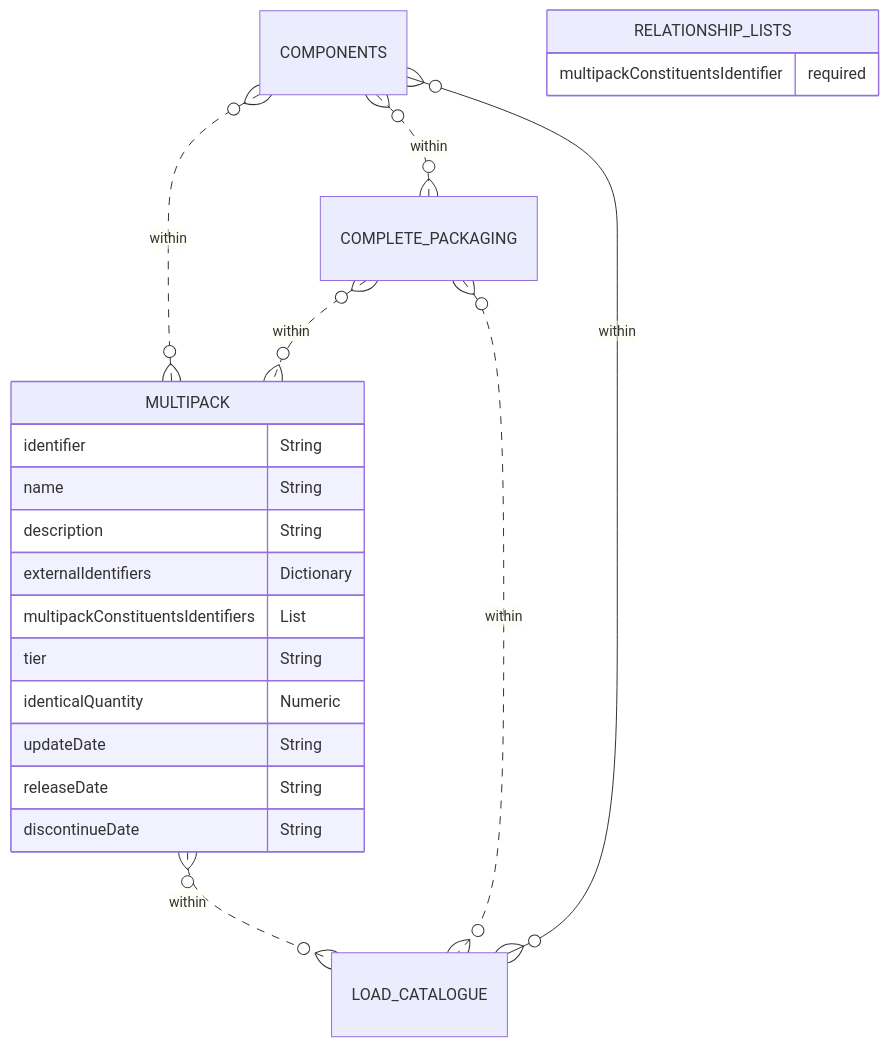
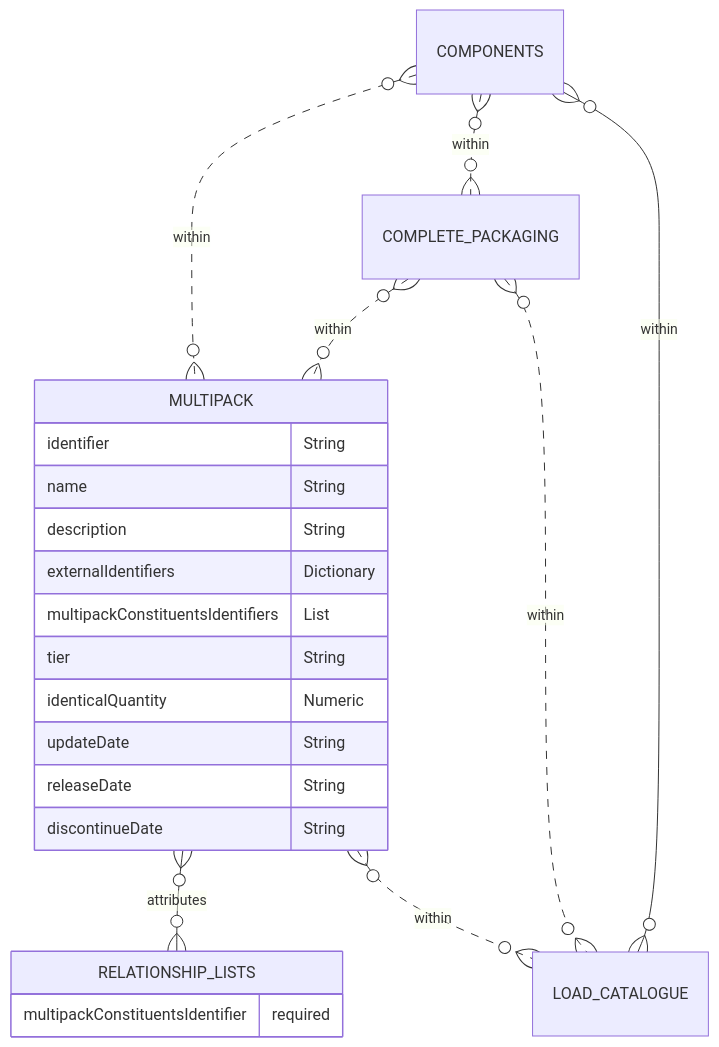
Before and after one commit to OpenDataManchester/Open3P: the diagram in docs/3_Data_Specification/3_5_Multipack.md, drawn with Mermaid.

Commit message:
Multipack Relationships

````diff
--- a/docs/3_Data_Specification/3_5_Multipack.md
+++ b/docs/3_Data_Specification/3_5_Multipack.md
@@ -28,24 +28,25 @@
 ``` mermaid
 erDiagram
 COMPONENTS }o..o{ MULTIPACK : within
 COMPONENTS }o..o{ COMPLETE_PACKAGING : within
 COMPLETE_PACKAGING }o..o{ MULTIPACK : within
   MULTIPACK {
     identifier String
     name String
     description String
     externalIdentifiers Dictionary
     multipackConstituentsIdentifiers List
     tier String
     identicalQuantity Numeric
     updateDate String
     releaseDate String
     discontinueDate String
   }
+  MULTIPACK }o--o{ RELATIONSHIP_LISTS : attributes
   COMPLETE_PACKAGING }o..o{ LOAD_CATALOGUE : within
   MULTIPACK }o..o{ LOAD_CATALOGUE : within
   COMPONENTS }o--o{ LOAD_CATALOGUE : within
       RELATIONSHIP_LISTS {
         multipackConstituentsIdentifier required
     }
 ```
````
